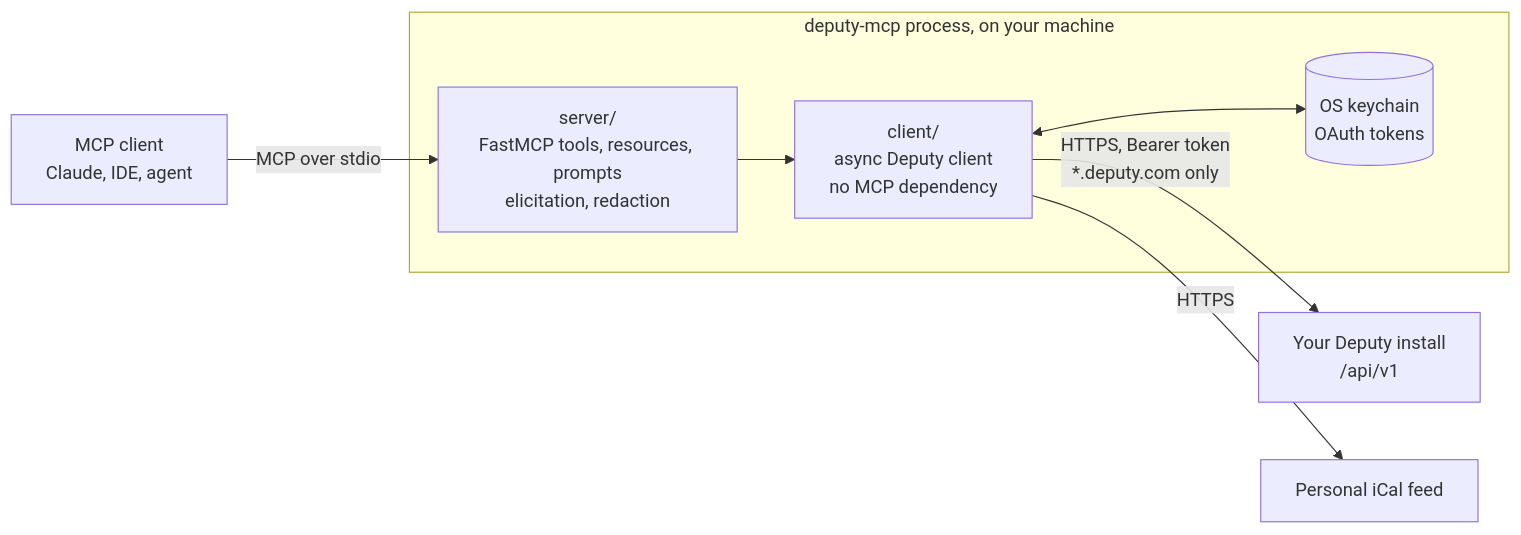
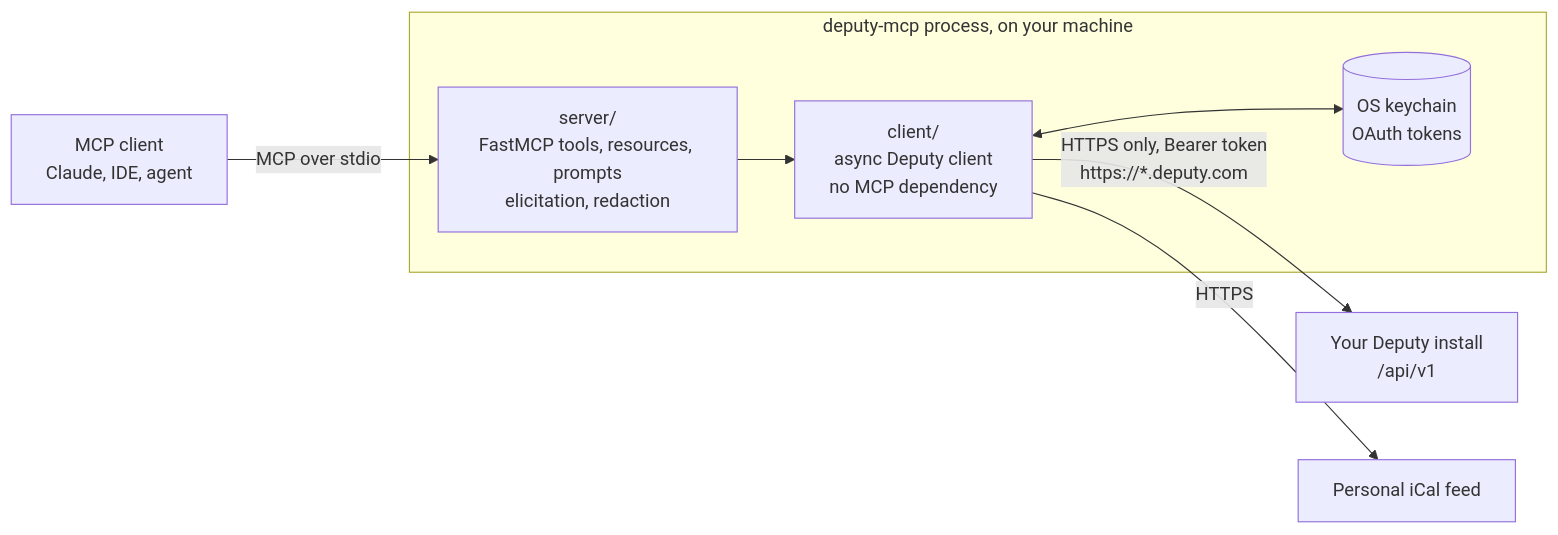
Before and after one commit to augbastos/Deputy-MCP: the diagram in README.md, drawn with Mermaid. The commit also changed other lines of this file and 12 other files, not shown here.

````diff
--- a/README.md
+++ b/README.md
@@ -98,15 +98,15 @@
 ```mermaid
 flowchart LR
     Agent["MCP client<br/>Claude, IDE, agent"] -- "MCP over stdio" --> Server
 
     subgraph Local["deputy-mcp process, on your machine"]
         Server["server/<br/>FastMCP tools, resources, prompts<br/>elicitation, redaction"]
         Client["client/<br/>async Deputy client<br/>no MCP dependency"]
         Store[("OS keychain<br/>OAuth tokens")]
         Server --> Client
         Client <--> Store
     end
 
-    Client -- "HTTPS, Bearer token<br/>*.deputy.com only" --> Deputy["Your Deputy install<br/>/api/v1"]
+    Client -- "HTTPS only, Bearer token<br/>https://*.deputy.com" --> Deputy["Your Deputy install<br/>/api/v1"]
     Client -- "HTTPS" --> Feed["Personal iCal feed"]
 ```
````
